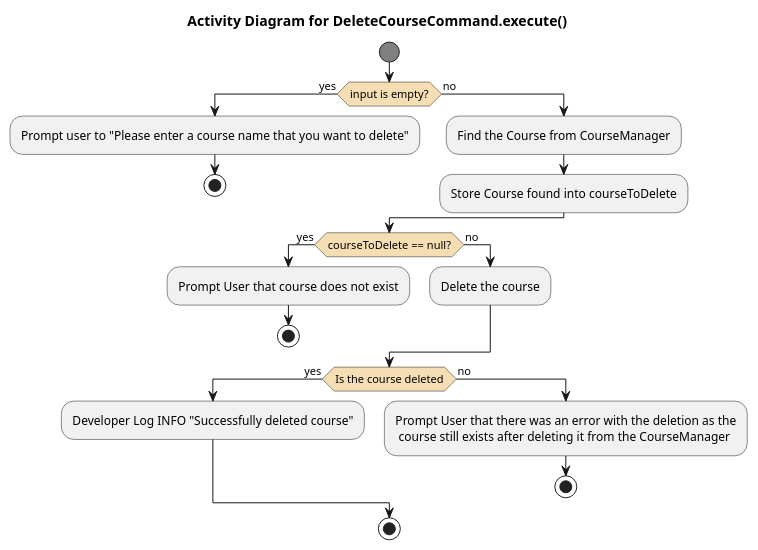
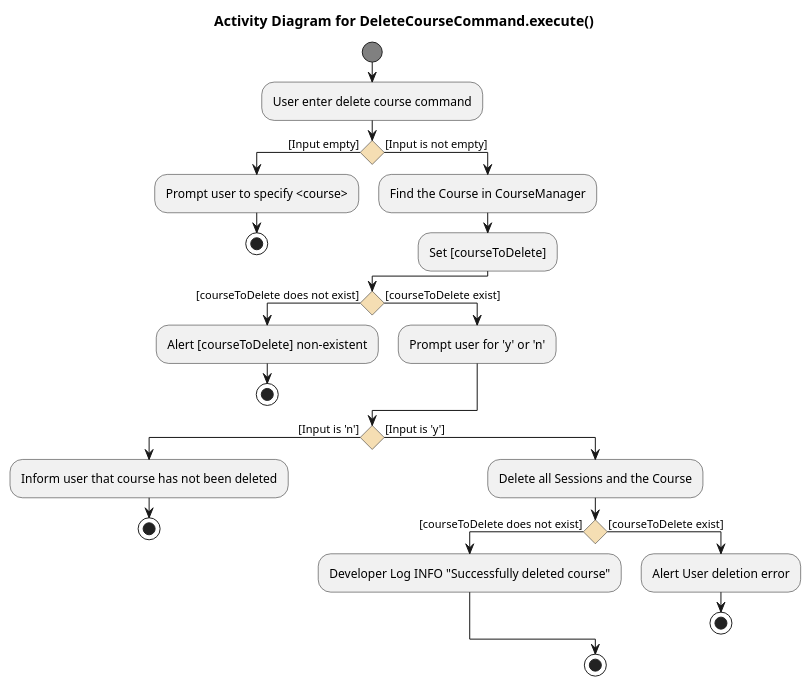
The diagram in docs/diagrams/DeleteCourseCommandActivityDiagram.puml (t-kandasami/tp), drawn with PlantUML before and after one commit. The commit also changed 1 other file, not shown here.

Commit message:
fix: Update DeleteCourseCommandActivityDiagram

```diff
--- a/docs/diagrams/DeleteCourseCommandActivityDiagram.puml
+++ b/docs/diagrams/DeleteCourseCommandActivityDiagram.puml
@@ -1,37 +1,43 @@
 @startuml
 title Activity Diagram for DeleteCourseCommand.execute()
 
 skinparam ActivityStartColor #Gray
 skinparam ActivityEndColor #Gray
 skinparam ActivityDiamondBackgroundColor #Wheat
 skinparam Padding 1
 skinparam ParticipantPadding 1
 skinparam BoxPadding 1
+skinparam conditionStyle diamond
 
 start
+:User enter delete course command;
 
-if (input is empty?) then (yes)
-    :Prompt user to "Please enter a course name that you want to delete";
+if () then ([Input empty])
+    :Prompt user to specify <course>;
     stop
-
-else (no)
-    :Find the Course from CourseManager;
-    :Store Course found into courseToDelete;
+else ([Input is not empty])
+    :Find the Course in CourseManager;
+    :Set [courseToDelete];
 endif
 
-if (courseToDelete == null?) then (yes)
-    :Prompt User that course does not exist;
+if () then ([courseToDelete does not exist])
+    :Alert [courseToDelete] non-existent;
     stop
-else (no)
-    :Delete the course;
+else ([courseToDelete exist])
+    :Prompt user for 'y' or 'n';
 endif
 
-if (Is the course deleted) then (yes)
+if () then ([Input is 'n'])
+    :Inform user that course has not been deleted;
+    stop
+else ([Input is 'y'])
+    :Delete all Sessions and the Course;
+
+if () then ([courseToDelete does not exist])
     :Developer Log INFO "Successfully deleted course";
-else (no)
-    :Prompt User that there was an error with the deletion as the
-     course still exists after deleting it from the CourseManager;
+else ([courseToDelete exist])
+    :Alert User deletion error;
     stop
 endif
 stop
 @enduml
```
